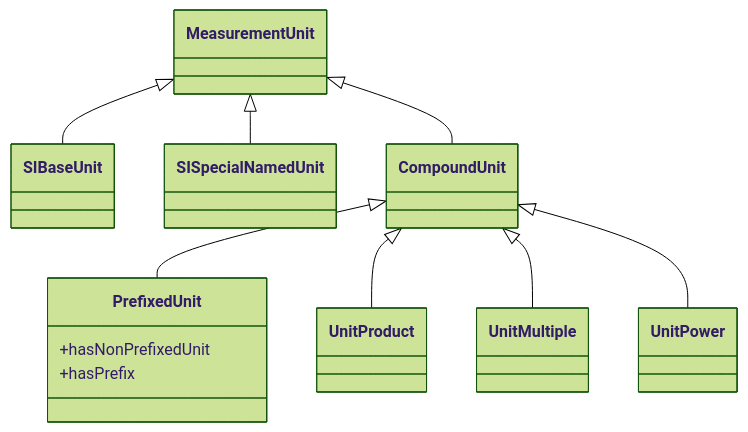
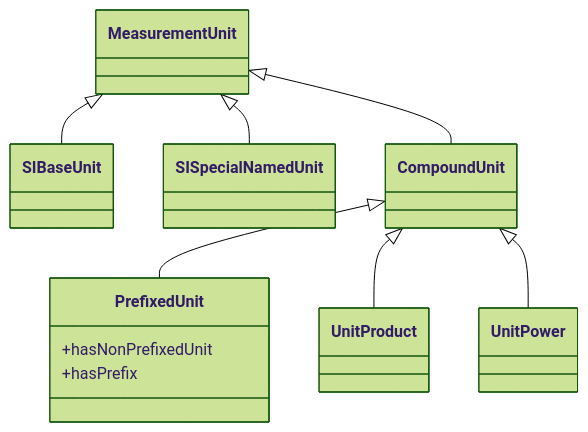
The diagram in docs/SI_Reference_Point.md (TheBIPM/SI-Reference-Point-generation-scripts), drawn with Mermaid (forest theme) before and after one commit. The commit also changed other lines of this file, not shown here.

````diff
--- a/docs/SI_Reference_Point.md
+++ b/docs/SI_Reference_Point.md
@@ -85,14 +69,13 @@
 ```mermaid
 classDiagram
     MeasurementUnit <|-- SIBaseUnit
     MeasurementUnit <|-- SISpecialNamedUnit
     MeasurementUnit <|-- CompoundUnit
     CompoundUnit <|-- PrefixedUnit
     CompoundUnit <|-- UnitProduct
-    CompoundUnit <|-- UnitMultiple
     CompoundUnit <|-- UnitPower
     class PrefixedUnit{
       +hasNonPrefixedUnit
       +hasPrefix
     }
 ```
````
